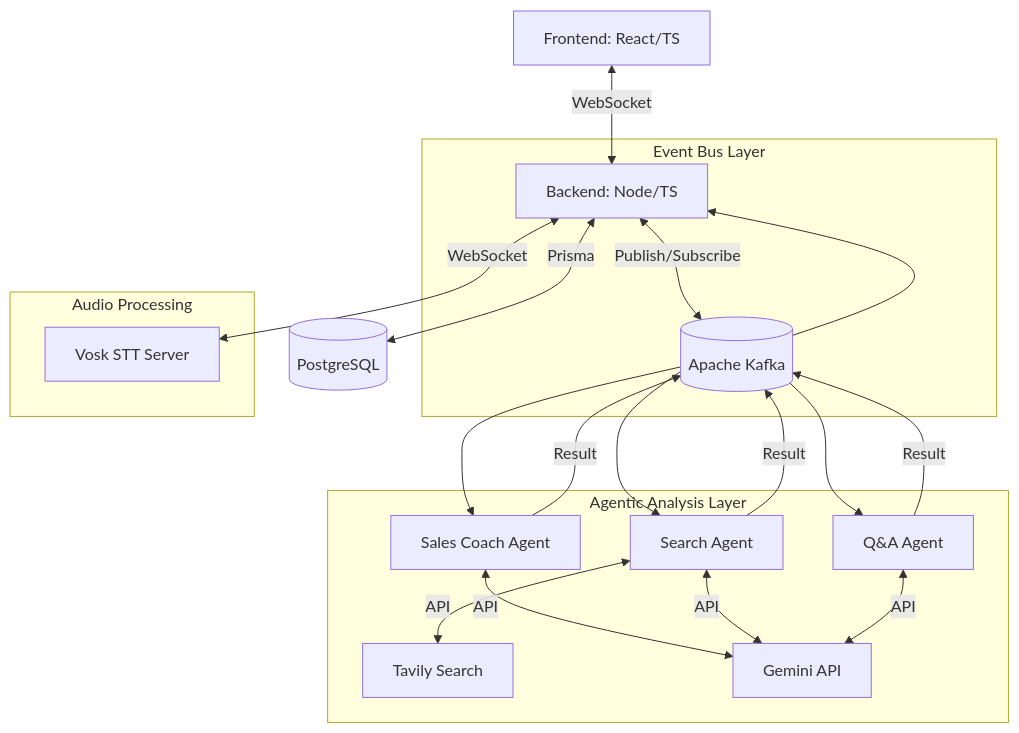
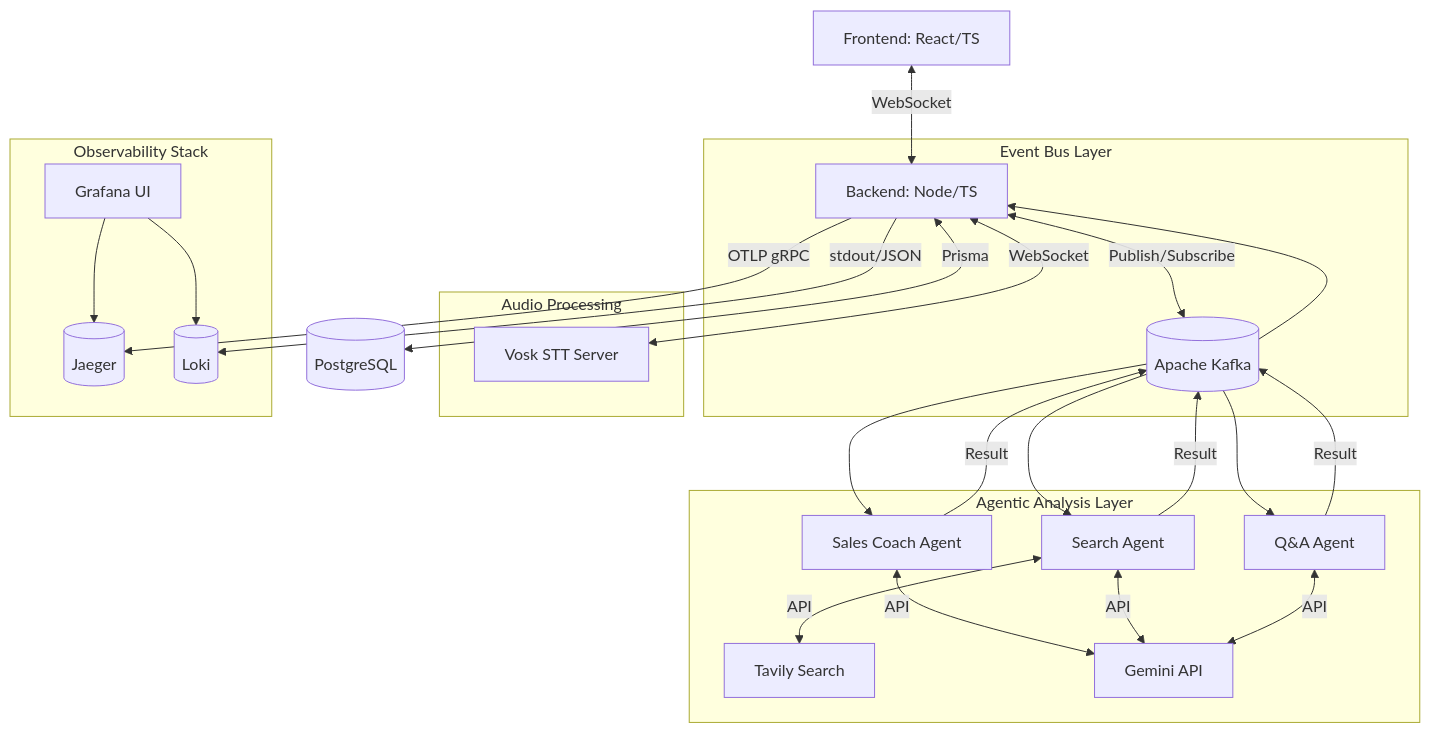
The diagram in specifications.md (arunkumar-chockaiyan/wingman), drawn with Mermaid before and after one commit. The commit also changed other lines of this file, not shown here.

Commit message:
update specification with changes regarding observability

````diff
--- a/specifications.md
+++ b/specifications.md
@@ -19,25 +25,32 @@
 ```mermaid
 graph TD
     Client[Frontend: React/TS] <-->|WebSocket| Backend[Backend: Node/TS]
 
     subgraph "Event Bus Layer"
     Backend <-->|Publish/Subscribe| Kafka[(Apache Kafka)]
     end
 
     subgraph "Agentic Analysis Layer"
     Kafka --> Agent1[Sales Coach Agent]
     Kafka --> Agent2[Search Agent]
     Kafka --> Agent3[Q&A Agent]
     Agent2 <-->|API| SearchAPI[Tavily Search]
     Agent1 & Agent2 & Agent3 <-->|API| LLM[Gemini API]
     end
 
     Agent1 & Agent2 & Agent3 -->|Result| Kafka
     Kafka --> Backend
 
     Backend <-->|Prisma| DB[(PostgreSQL)]
 
     subgraph "Audio Processing"
     Backend <-->|WebSocket| Vosk[Vosk STT Server]
     end
+
+    subgraph "Observability Stack"
+    Backend -->|OTLP gRPC| Jaeger[(Jaeger)]
+    Backend -->|stdout/JSON| Loki[(Loki)]
+    Grafana[Grafana UI] --> Jaeger
+    Grafana --> Loki
+    end
 ```
````
